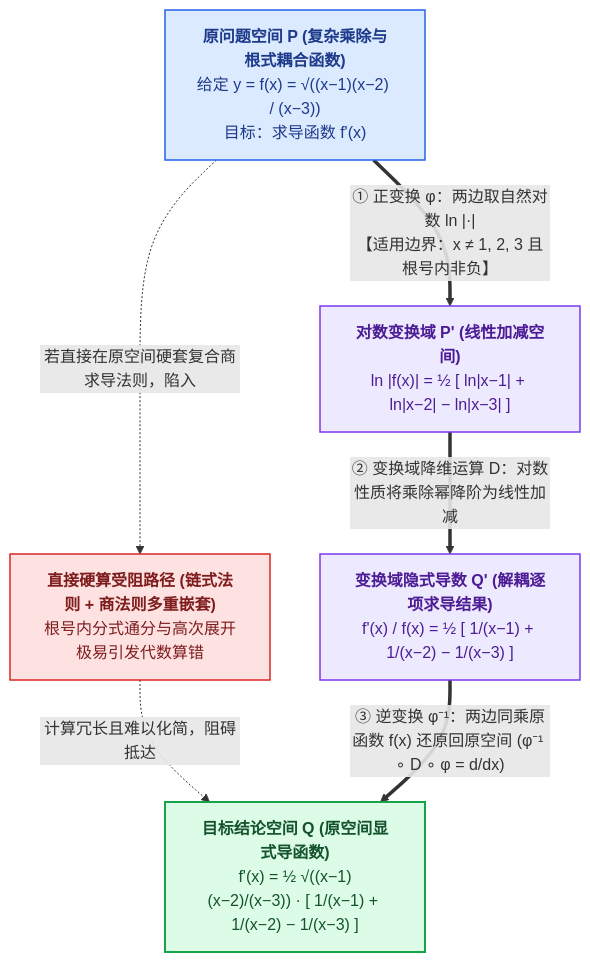
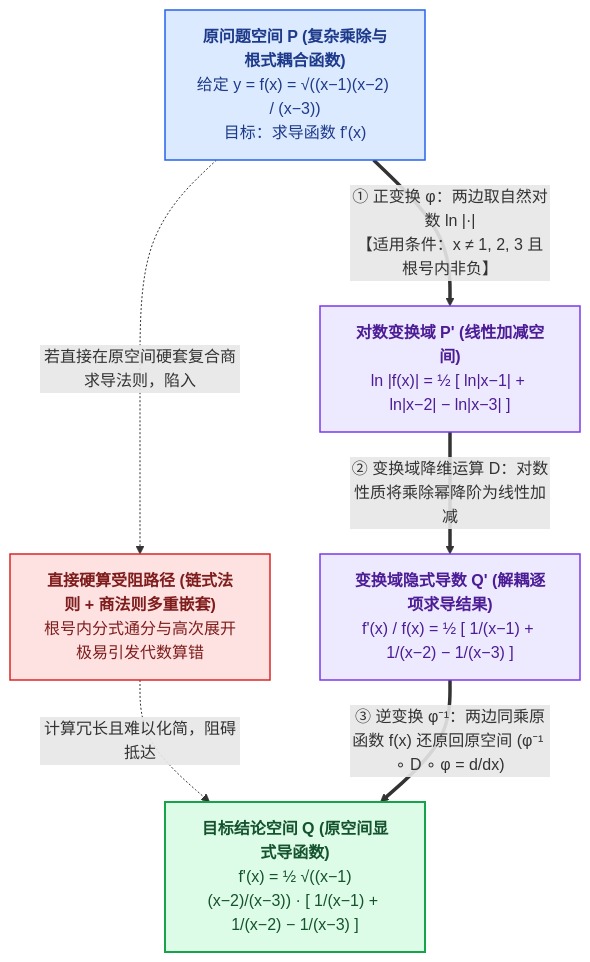
The sixth of 6 diagrams in builtin-skills/skills/mermaid-diagrams/SKILL.md (yuan88964/RelayStudio), drawn with Mermaid before and after one commit. The commit also changed other lines of this file and 9 other files, not shown here.

Commit message:
docs(builtin-skills): unify Bailout (退路情景) contract and English diagram/merge skills

````diff
--- a/builtin-skills/skills/mermaid-diagrams/SKILL.md
+++ b/builtin-skills/skills/mermaid-diagrams/SKILL.md
@@ -279,20 +280,20 @@
 ```mermaid
 flowchart TB
     classDef orig fill:#DBEAFE,stroke:#2563EB,stroke-width:1.5px,color:#1E3A8A
     classDef trans fill:#EDE9FE,stroke:#7C3AED,stroke-width:1.5px,color:#4C1D95
     classDef pain fill:#FEE2E2,stroke:#DC2626,stroke-width:1.5px,color:#7F1D1D
     classDef dest fill:#DCFCE7,stroke:#16A34A,stroke-width:2px,color:#14532D
 
     P["<b>原问题空间 P (复杂乘除与根式耦合函数)</b><br/>给定 y = f(x) = √((x−1)(x−2) / (x−3))<br/>目标：求导函数 f'(x)"]:::orig
     Hard["<b>直接硬算受阻路径 (链式法则 + 商法则多重嵌套)</b><br/>根号内分式通分与高次展开极易引发代数算错"]:::pain
     T1["<b>对数变换域 P' (线性加减空间)</b><br/>ln |f(x)| = ½ [ ln|x−1| + ln|x−2| − ln|x−3| ]"]:::trans
     T2["<b>变换域隐式导数 Q' (解耦逐项求导结果)</b><br/>f'(x) / f(x) = ½ [ 1/(x−1) + 1/(x−2) − 1/(x−3) ]"]:::trans
     Q["<b>目标结论空间 Q (原空间显式导函数)</b><br/>f'(x) = ½ √((x−1)(x−2)/(x−3)) · [ 1/(x−1) + 1/(x−2) − 1/(x−3) ]"]:::dest
 
     P -. "若直接在原空间硬套复合商求导法则，陷入" .-> Hard
     Hard -. "计算冗长且难以化简，阻碍抵达" .-> Q
 
-    P == "① 正变换 φ：两边取自然对数 ln |·|<br/>【适用边界：x ≠ 1, 2, 3 且根号内非负】" ==> T1
+    P == "① 正变换 φ：两边取自然对数 ln |·|<br/>【适用条件：x ≠ 1, 2, 3 且根号内非负】" ==> T1
     T1 == "② 变换域降维运算 D：对数性质将乘除幂降阶为线性加减" ==> T2
     T2 == "③ 逆变换 φ⁻¹：两边同乘原函数 f(x) 还原回原空间 (φ⁻¹ ∘ D ∘ φ = d/dx)" ==> Q
 ```
````
